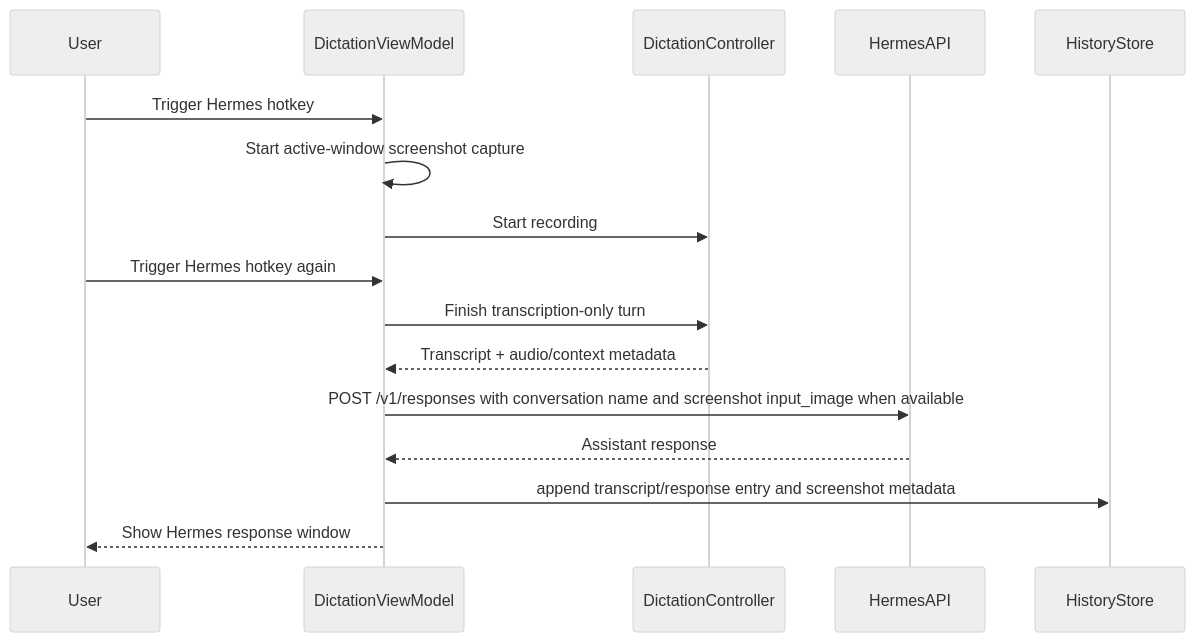
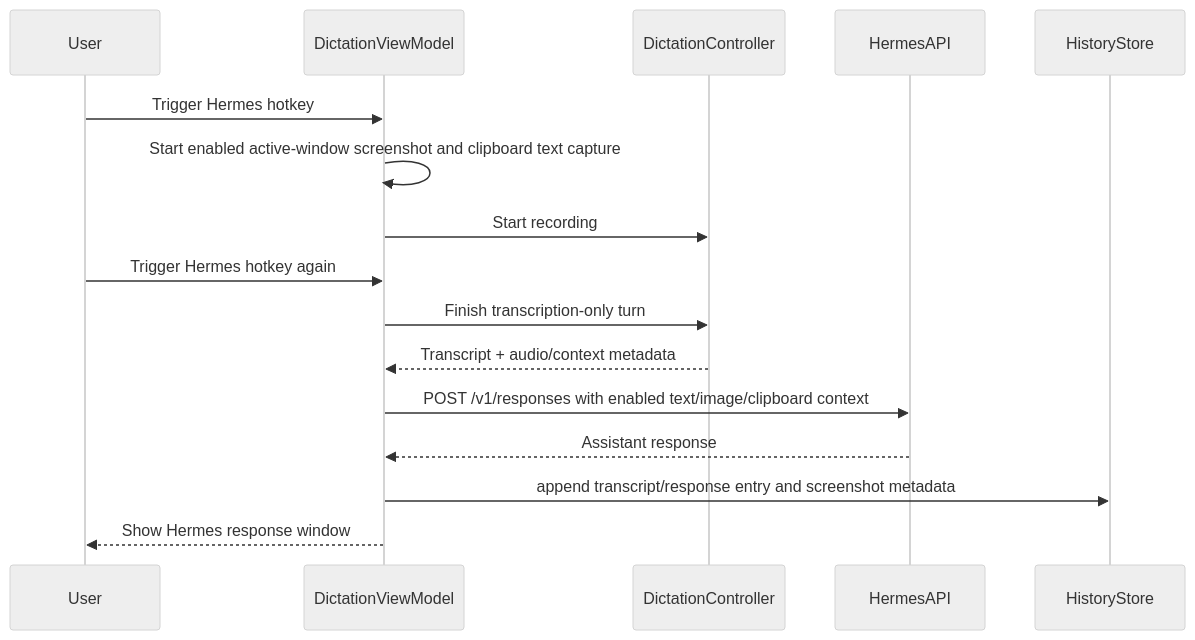
One commit to dkapo88/WonderWhisper-macOS changed diagram 11 of 11 in datamodel.md. Above: the diagram before and after it, drawn with Mermaid (neutral theme). The commit also changed other lines of this file and 6 other files, not shown here.

Commit message:
feat: refine Hermes context controls

````diff
--- a/datamodel.md
+++ b/datamodel.md
@@ -547,19 +553,19 @@
 ```mermaid
 sequenceDiagram
     participant User
     participant DictationViewModel
     participant DictationController
     participant HermesAPI
     participant HistoryStore
 
     User->>DictationViewModel: Trigger Hermes hotkey
-    DictationViewModel->>DictationViewModel: Start active-window screenshot capture
+    DictationViewModel->>DictationViewModel: Start enabled active-window screenshot and clipboard text capture
     DictationViewModel->>DictationController: Start recording
     User->>DictationViewModel: Trigger Hermes hotkey again
     DictationViewModel->>DictationController: Finish transcription-only turn
     DictationController-->>DictationViewModel: Transcript + audio/context metadata
-    DictationViewModel->>HermesAPI: POST /v1/responses with conversation name and screenshot input_image when available
+    DictationViewModel->>HermesAPI: POST /v1/responses with enabled text/image/clipboard context
     HermesAPI-->>DictationViewModel: Assistant response
     DictationViewModel->>HistoryStore: append transcript/response entry and screenshot metadata
     DictationViewModel-->>User: Show Hermes response window
 ```
````
